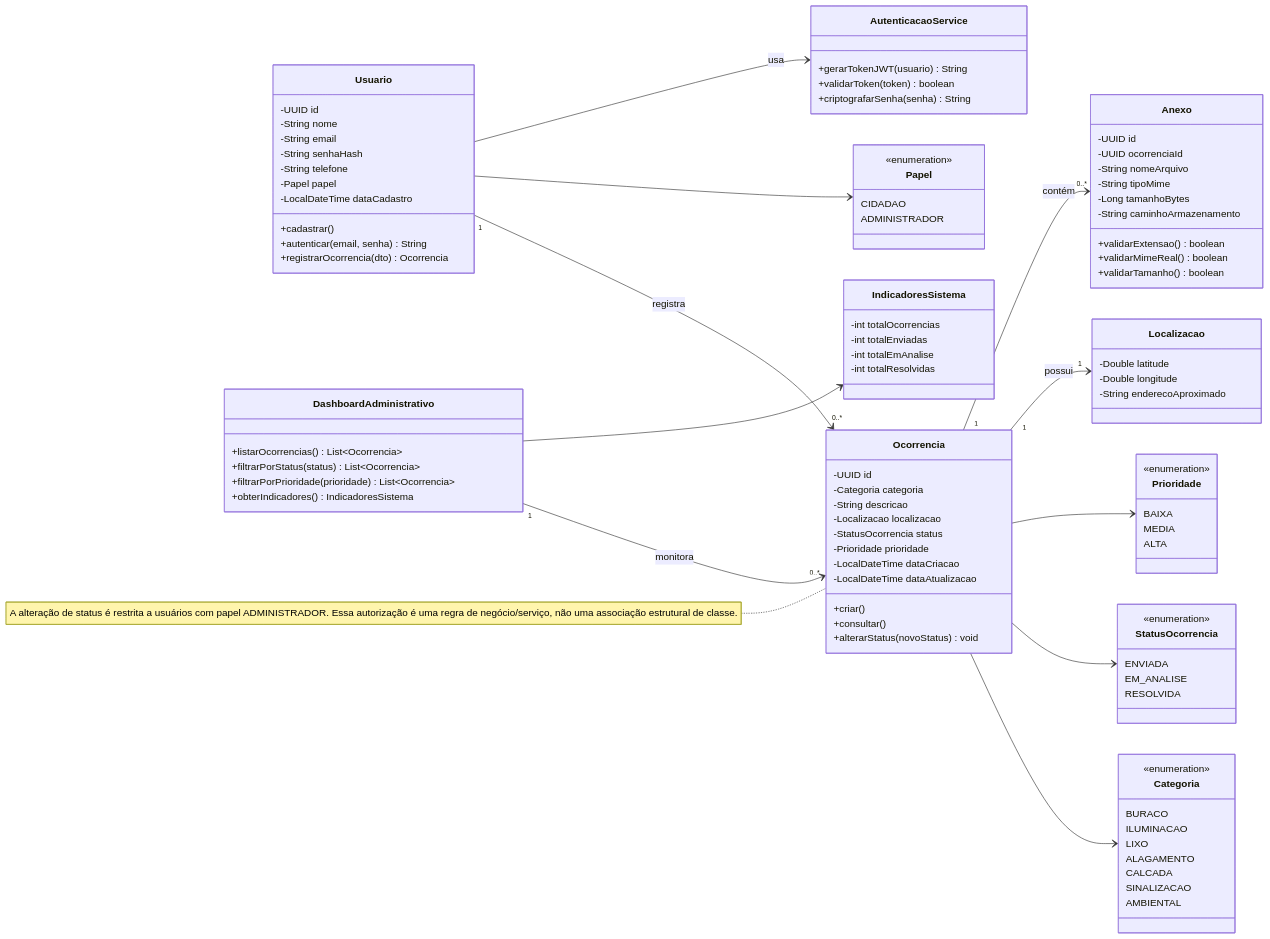
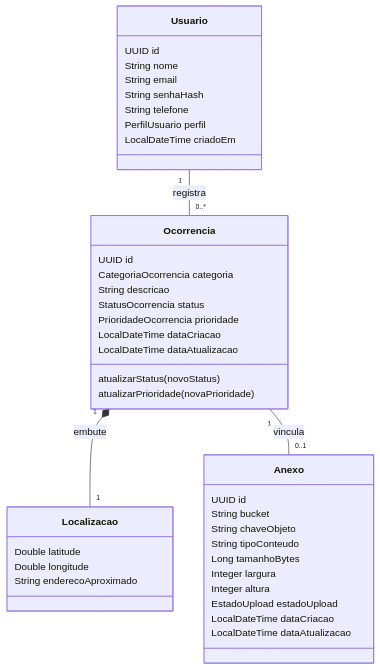
The diagram in database/Diagrama_de_Classe.md (Zelar-App/zelar.app-docs), drawn with Mermaid before and after one commit. The commit also changed other lines of this file and 4 other files, not shown here.

````diff
--- a/database/Diagrama_de_Classe.md
+++ b/database/Diagrama_de_Classe.md
@@ -7,113 +5,43 @@
 ```mermaid
 classDiagram
-    direction LR
-
     class Usuario {
-        -UUID id
-        -String nome
-        -String email
-        -String senhaHash
-        -String telefone
-        -Papel papel
-        -LocalDateTime dataCadastro
-        +cadastrar()
-        +autenticar(email, senha) String
-        +registrarOcorrencia(dto) Ocorrencia
+        UUID id
+        String nome
+        String email
+        String senhaHash
+        String telefone
+        PerfilUsuario perfil
+        LocalDateTime criadoEm
     }
-
-    class Papel {
-        <<enumeration>>
-        CIDADAO
-        ADMINISTRADOR
+    class Ocorrencia {
+        UUID id
+        CategoriaOcorrencia categoria
+        String descricao
+        StatusOcorrencia status
+        PrioridadeOcorrencia prioridade
+        LocalDateTime dataCriacao
+        LocalDateTime dataAtualizacao
+        atualizarStatus(novoStatus)
+        atualizarPrioridade(novaPrioridade)
     }
-
-    class Ocorrencia {
-        -UUID id
-        -Categoria categoria
-        -String descricao
-        -Localizacao localizacao
-        -StatusOcorrencia status
-        -Prioridade prioridade
-        -LocalDateTime dataCriacao
-        -LocalDateTime dataAtualizacao
-        +criar()
-        +consultar()
-        +alterarStatus(novoStatus) void
+    class Localizacao {
+        Double latitude
+        Double longitude
+        String enderecoAproximado
     }
-
-    class Categoria {
-        <<enumeration>>
-        BURACO
-        ILUMINACAO
-        LIXO
-        ALAGAMENTO
-        CALCADA
-        SINALIZACAO
-        AMBIENTAL
+    class Anexo {
+        UUID id
+        String bucket
+        String chaveObjeto
+        String tipoConteudo
+        Long tamanhoBytes
+        Integer largura
+        Integer altura
+        EstadoUpload estadoUpload
+        LocalDateTime dataCriacao
+        LocalDateTime dataAtualizacao
     }
-
-    class StatusOcorrencia {
-        <<enumeration>>
-        ENVIADA
-        EM_ANALISE
-        RESOLVIDA
-    }
-
-    class Prioridade {
-        <<enumeration>>
-        BAIXA
-        MEDIA
-        ALTA
-    }
-
-    class Localizacao {
-        -Double latitude
-        -Double longitude
-        -String enderecoAproximado
-    }
-
-    class Anexo {
-        -UUID id
-        -UUID ocorrenciaId
-        -String nomeArquivo
-        -String tipoMime
-        -Long tamanhoBytes
-        -String caminhoArmazenamento
-        +validarExtensao() boolean
-        +validarMimeReal() boolean
-        +validarTamanho() boolean
-    }
-
-    class DashboardAdministrativo {
-        +listarOcorrencias() List~Ocorrencia~
-        +filtrarPorStatus(status) List~Ocorrencia~
-        +filtrarPorPrioridade(prioridade) List~Ocorrencia~
-        +obterIndicadores() IndicadoresSistema
-    }
-
-    class IndicadoresSistema {
-        -int totalOcorrencias
-        -int totalEnviadas
-        -int totalEmAnalise
-        -int totalResolvidas
-    }
-
-    class AutenticacaoService {
-        +gerarTokenJWT(usuario) String
-        +validarToken(token) boolean
-        +criptografarSenha(senha) String
-    }
-
-    Usuario "1" --> "0..*" Ocorrencia : registra
-    Usuario --> Papel
-    Ocorrencia --> Categoria
-    Ocorrencia --> StatusOcorrencia
-    Ocorrencia --> Prioridade
-    Ocorrencia "1" --> "1" Localizacao : possui
-    Ocorrencia "1" --> "0..*" Anexo : contém
-    DashboardAdministrativo "1" --> "0..*" Ocorrencia : monitora
-    DashboardAdministrativo --> IndicadoresSistema
-    Usuario --> AutenticacaoService : usa
-
-    note for Ocorrencia "A alteração de status é restrita a usuários com papel ADMINISTRADOR. Essa autorização é uma regra de negócio/serviço, não uma associação estrutural de classe."
+    Usuario "1" -- "0..*" Ocorrencia : registra
+    Ocorrencia "1" *-- "1" Localizacao : embute
+    Ocorrencia "1" -- "0..1" Anexo : vincula
 ```
````
